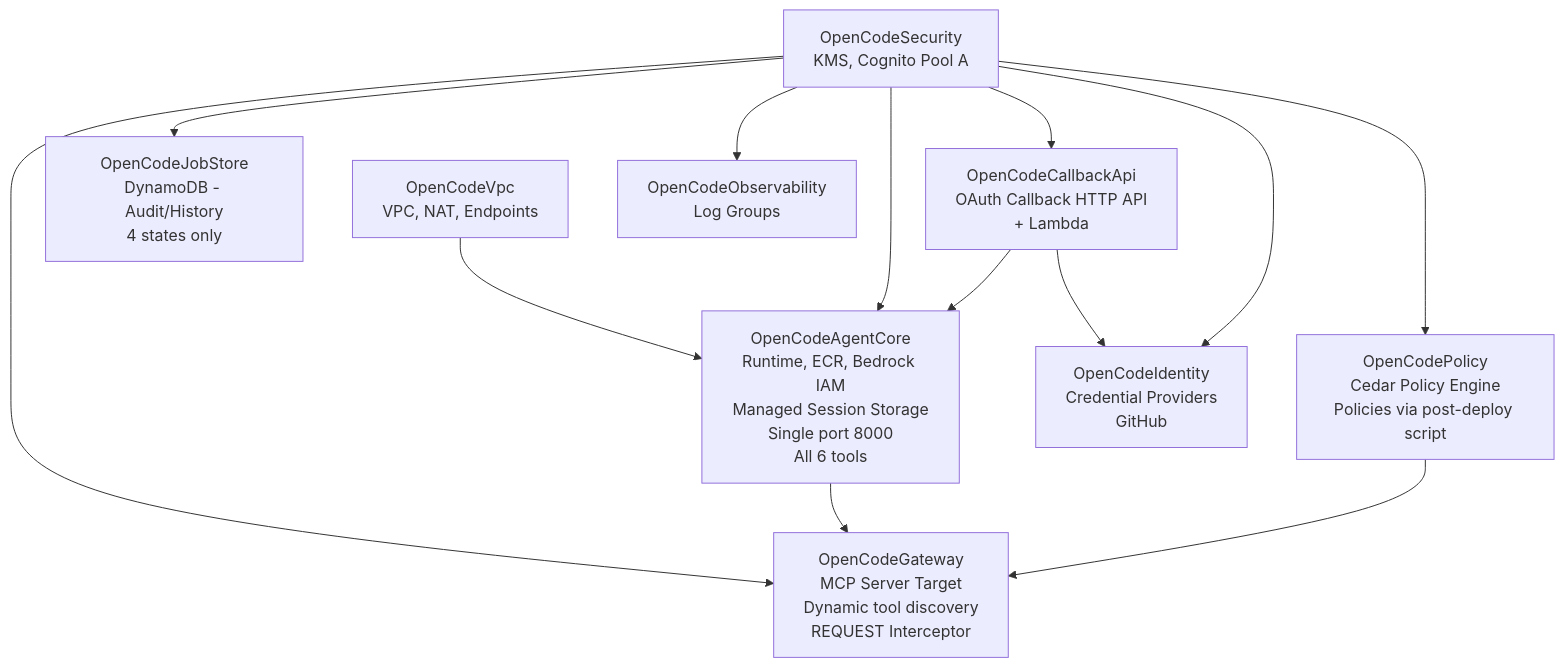
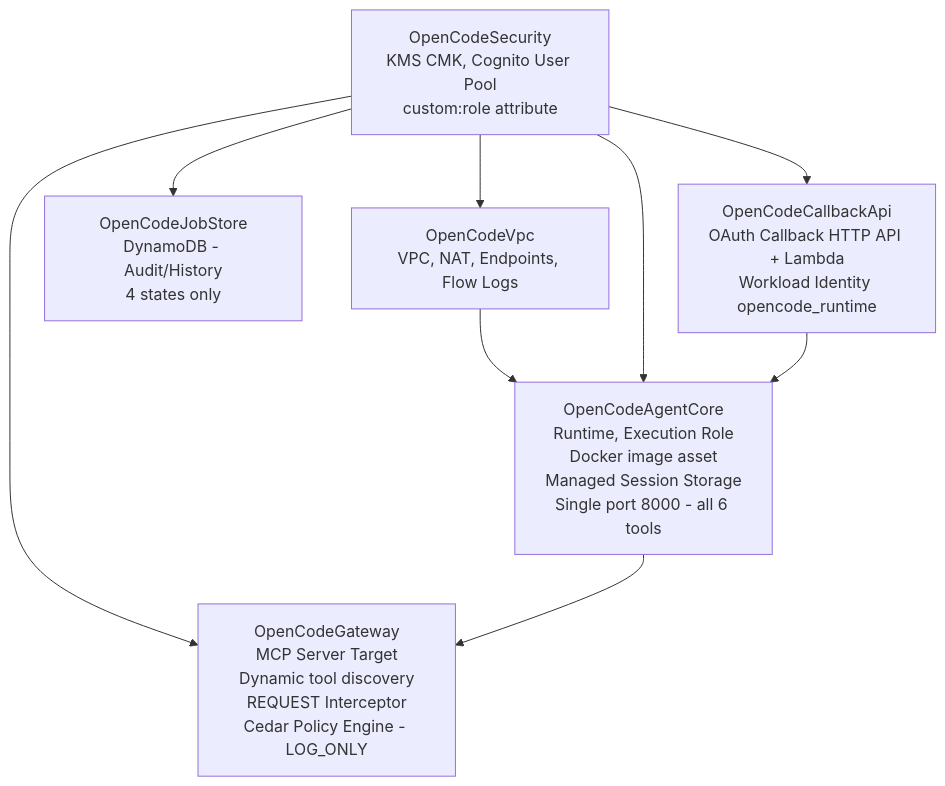
The fifth of 5 diagrams in docs/ARCHITECTURE.md (aws-samples/sample-opencode-on-amazon-bedrock-agentcore), drawn with Mermaid before and after one commit. The commit also changed other lines of this file and 97 other files, not shown here.

````diff
--- a/docs/ARCHITECTURE.md
+++ b/docs/ARCHITECTURE.md
@@ -196,25 +208,18 @@
 ```mermaid
 graph TD
-    VPC[OpenCodeVpc<br/>VPC, NAT, Endpoints]
-    SEC[OpenCodeSecurity<br/>KMS, Cognito Pool A]
+    SEC[OpenCodeSecurity<br/>KMS CMK, Cognito User Pool<br/>custom:role attribute]
+    VPC[OpenCodeVpc<br/>VPC, NAT, Endpoints, Flow Logs]
     JS[OpenCodeJobStore<br/>DynamoDB - Audit/History<br/>4 states only]
-    CB[OpenCodeCallbackApi<br/>OAuth Callback HTTP API<br/>+ Lambda]
-    AC[OpenCodeAgentCore<br/>Runtime, ECR, Bedrock IAM<br/>Managed Session Storage<br/>Single port 8000<br/>All 6 tools]
-    GW[OpenCodeGateway<br/>MCP Server Target<br/>Dynamic tool discovery<br/>REQUEST Interceptor]
-    POL[OpenCodePolicy<br/>Cedar Policy Engine<br/>Policies via post-deploy script]
-    ID[OpenCodeIdentity<br/>Credential Providers<br/>GitHub]
-    OBS[OpenCodeObservability<br/>Log Groups]
+    CB[OpenCodeCallbackApi<br/>OAuth Callback HTTP API + Lambda<br/>Workload Identity opencode_runtime]
+    AC[OpenCodeAgentCore<br/>Runtime, Execution Role<br/>Docker image asset<br/>Managed Session Storage<br/>Single port 8000 - all 6 tools]
+    GW[OpenCodeGateway<br/>MCP Server Target<br/>Dynamic tool discovery<br/>REQUEST Interceptor<br/>Cedar Policy Engine - LOG_ONLY]
 
+    SEC --> VPC
     SEC --> JS
     SEC --> CB
     VPC --> AC
     SEC --> AC
     CB --> AC
-    CB --> ID
     SEC --> GW
     AC --> GW
-    SEC --> POL
-    POL --> GW
-    SEC --> ID
-    SEC --> OBS
 ```
````
